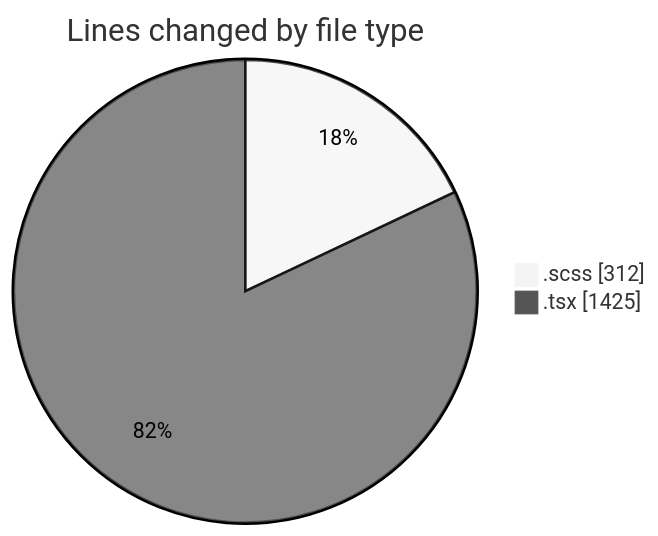
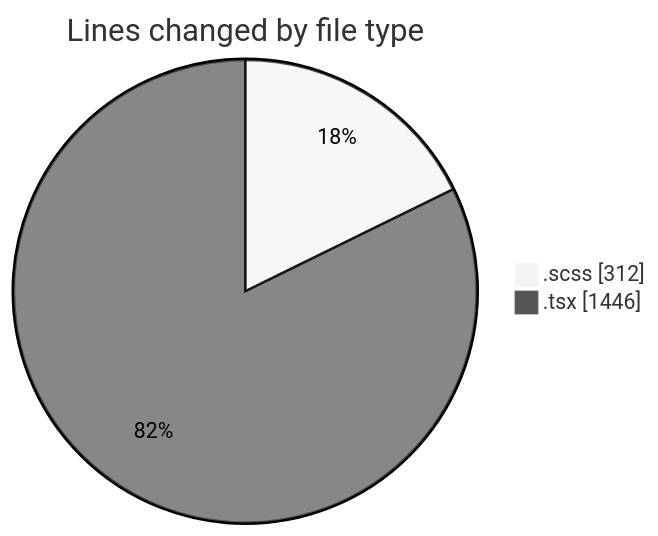
The first of 2 diagrams in 2025-08-28/cda/README.md (momahboobian/code-tracking), drawn with Mermaid (neutral theme) before and after one commit. The commit also changed other lines of this file and 1 other file, not shown here.

````diff
--- a/2025-08-28/cda/README.md
+++ b/2025-08-28/cda/README.md
@@ -25,6 +25,6 @@
 ```mermaid
 pie showData
 title Lines changed by file type
 ".scss" : 312
-".tsx" : 1425
+".tsx" : 1446
 ```
````
